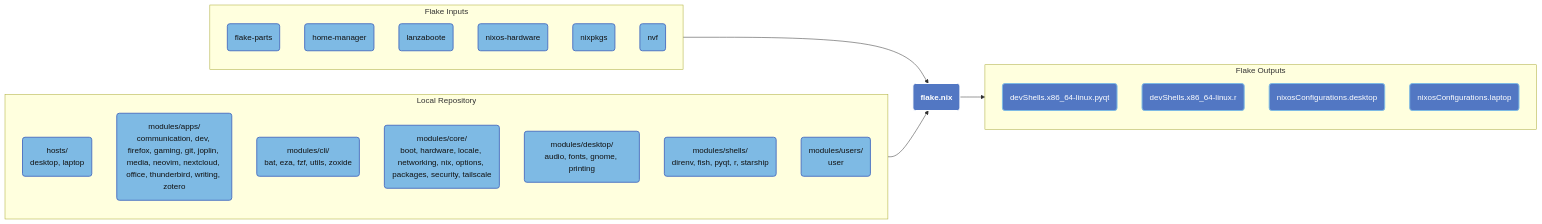
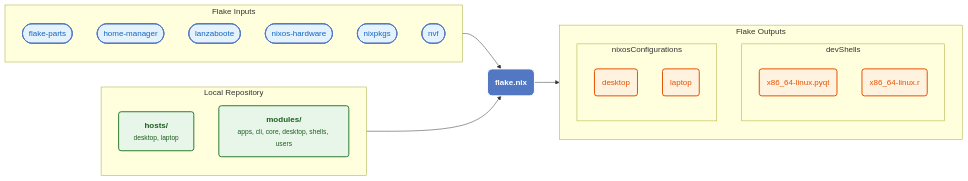
The diagram in README.md (samuel-garmany/NixOS), drawn with Mermaid before and after one commit. The commit also changed 1 other file, not shown here.

Commit message:
flake graph mockup

````diff
--- a/README.md
+++ b/README.md
@@ -18,47 +18,41 @@
 ```mermaid
 graph LR
-  classDef flake fill:#5277C3,stroke:#fff,stroke-width:2px,color:#fff,font-weight:bold;
-  classDef input fill:#7EBAE4,stroke:#5277C3,stroke-width:2px,color:#111;
-  classDef local fill:#7EBAE4,stroke:#5277C3,stroke-width:2px,color:#111;
-  classDef output fill:#5277C3,stroke:#7EBAE4,stroke-width:2px,color:#fff;
-  Flake(flake.nix):::flake
+  classDef flake fill:#5277C3,stroke:#fff,stroke-width:2px,color:#fff,font-weight:bold,rx:10,ry:10;
+  classDef input fill:#E3F2FD,stroke:#5277C3,stroke-width:2px,color:#1565C0,rx:5,ry:5;
+  classDef local fill:#E8F5E9,stroke:#2E7D32,stroke-width:2px,color:#1B5E20,rx:5,ry:5;
+  classDef output fill:#FFF3E0,stroke:#E65100,stroke-width:2px,color:#E65100,rx:5,ry:5;
+  Flake("flake.nix"):::flake
 
-  subgraph Inputs [Flake Inputs]
+  subgraph Inputs ["Flake Inputs"]
     direction TB
-    in_flake_parts(flake-parts):::input
-    in_home_manager(home-manager):::input
-    in_lanzaboote(lanzaboote):::input
-    in_nixos_hardware(nixos-hardware):::input
-    in_nixpkgs(nixpkgs):::input
-    in_nvf(nvf):::input
+    in_flake_parts(["flake-parts"]):::input
+    in_home_manager(["home-manager"]):::input
+    in_lanzaboote(["lanzaboote"]):::input
+    in_nixos_hardware(["nixos-hardware"]):::input
+    in_nixpkgs(["nixpkgs"]):::input
+    in_nvf(["nvf"]):::input
   end
   Inputs --> Flake
 
-  subgraph Local [Local Repository]
+  subgraph Local ["Local Repository"]
     direction TB
-    h_Hosts(hosts/
-desktop, laptop):::local
-    m_apps(modules/apps/
-communication, dev, firefox, gaming, git, joplin, media, neovim, nextcloud, office, thunderbird, writing, zotero):::local
-    m_cli(modules/cli/
-bat, eza, fzf, utils, zoxide):::local
-    m_core(modules/core/
-boot, hardware, locale, networking, nix, options, packages, security, tailscale):::local
-    m_desktop(modules/desktop/
-audio, fonts, gnome, printing):::local
-    m_shells(modules/shells/
-direnv, fish, pyqt, r, starship):::local
-    m_users(modules/users/
-user):::local
+    loc_hosts["<b>hosts/</b><br/><small>desktop, laptop</small>"]:::local
+    loc_modules["<b>modules/</b><br/><small>apps, cli, core, desktop, shells, users</small>"]:::local
   end
   Local --> Flake
 
-  subgraph Outputs [Flake Outputs]
+  subgraph Outputs ["Flake Outputs"]
     direction TB
-    out_devShells_x86_64_linux_pyqt(devShells.x86_64-linux.pyqt):::output
-    out_devShells_x86_64_linux_r(devShells.x86_64-linux.r):::output
-    out_nixosConfigurations_desktop(nixosConfigurations.desktop):::output
-    out_nixosConfigurations_laptop(nixosConfigurations.laptop):::output
+    subgraph out_devShells ["devShells"]
+      direction TB
+      out_devShells_x86_64_linux_pyqt("x86_64-linux.pyqt"):::output
+      out_devShells_x86_64_linux_r("x86_64-linux.r"):::output
+    end
+    subgraph out_nixosConfigurations ["nixosConfigurations"]
+      direction TB
+      out_nixosConfigurations_desktop("desktop"):::output
+      out_nixosConfigurations_laptop("laptop"):::output
+    end
   end
   Flake --> Outputs
 ```
````
